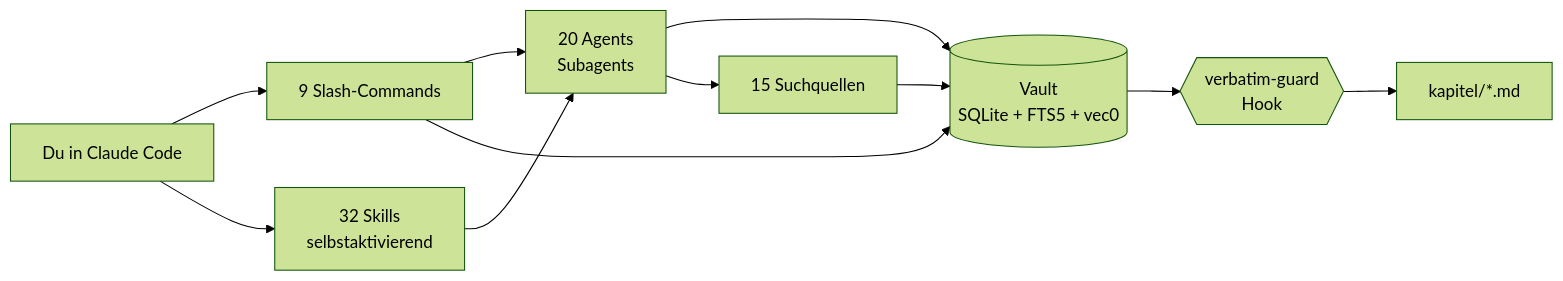
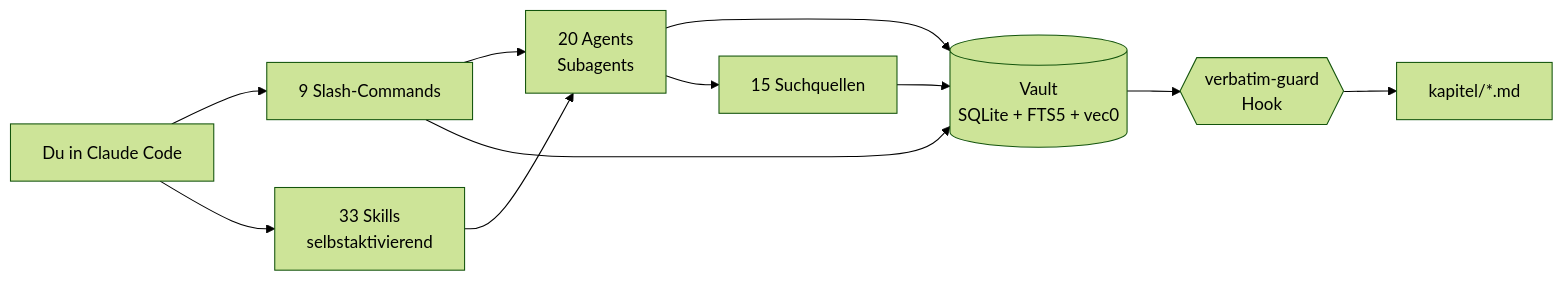
The diagram in README.md (ahlerjam/academic-research), drawn with Mermaid (forest theme) before and after one commit. The commit also changed other lines of this file and 16 other files, not shown here.

````diff
--- a/README.md
+++ b/README.md
@@ -76,13 +76,13 @@
 ```mermaid
 graph LR
     U[Du in Claude Code] --> C[9 Slash-Commands]
-    U --> S[32 Skills<br/>selbstaktivierend]
+    U --> S[33 Skills<br/>selbstaktivierend]
     C --> A[20 Agents<br/>Subagents]
     S --> A
     A --> V[(Vault<br/>SQLite + FTS5 + vec0)]
     C --> V
     A --> Q[15 Suchquellen]
     Q --> V
     V --> H{{verbatim-guard<br/>Hook}}
     H --> K[kapitel/*.md]
 ```
````
